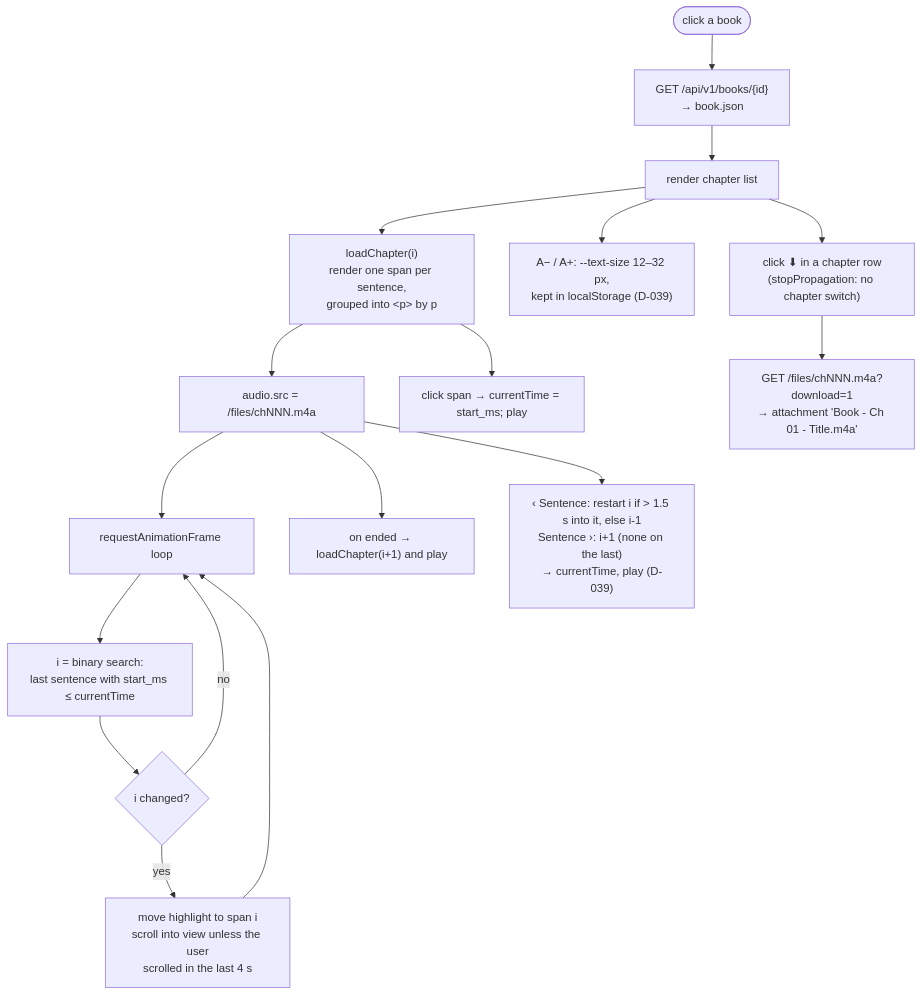
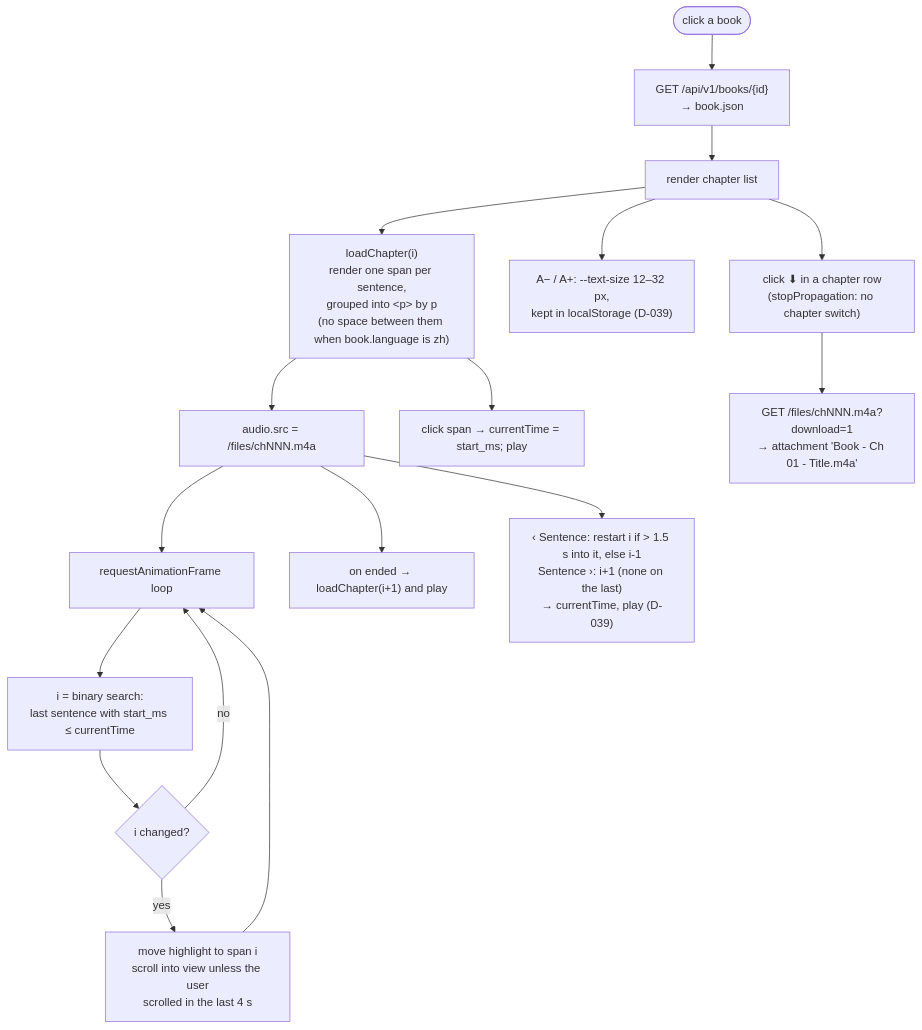
Before and after one commit to Fgkl10/ebook-convert-to-audio: the seventh of 10 diagrams in desktop/docs/workflow.md, drawn with Mermaid. The commit also changed other lines of this file and 52 other files, not shown here.

````diff
--- a/desktop/docs/workflow.md
+++ b/desktop/docs/workflow.md
@@ -219,19 +220,19 @@
 ```mermaid
 flowchart TD
     A([click a book]) --> B["GET /api/v1/books/{id}<br/>→ book.json"]
     B --> C["render chapter list"]
-    C --> D["loadChapter(i)<br/>render one span per sentence,<br/>grouped into &lt;p&gt; by p"]
+    C --> D["loadChapter(i)<br/>render one span per sentence,<br/>grouped into &lt;p&gt; by p<br/>(no space between them when book.language is zh)"]
     D --> E["audio.src = /files/chNNN.m4a"]
     E --> F["requestAnimationFrame loop"]
     F --> G["i = binary search:<br/>last sentence with start_ms ≤ currentTime"]
     G --> H{i changed?}
     H -- yes --> I["move highlight to span i<br/>scroll into view unless the user<br/>scrolled in the last 4 s"]
     H -- no --> F
     I --> F
     D --> J["click span → currentTime = start_ms; play"]
     E --> K["on ended → loadChapter(i+1) and play"]
     E --> N["‹ Sentence: restart i if > 1.5 s into it, else i-1<br/>Sentence ›: i+1 (none on the last)<br/>→ currentTime, play (D-039)"]
     C --> O["A− / A+: --text-size 12–32 px,<br/>kept in localStorage (D-039)"]
     C --> L["click ⬇ in a chapter row<br/>(stopPropagation: no chapter switch)"]
     L --> M["GET /files/chNNN.m4a?download=1<br/>→ attachment 'Book - Ch 01 - Title.m4a'"]
 ```
````
